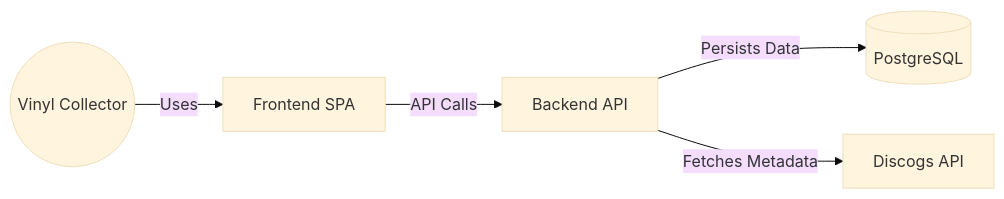
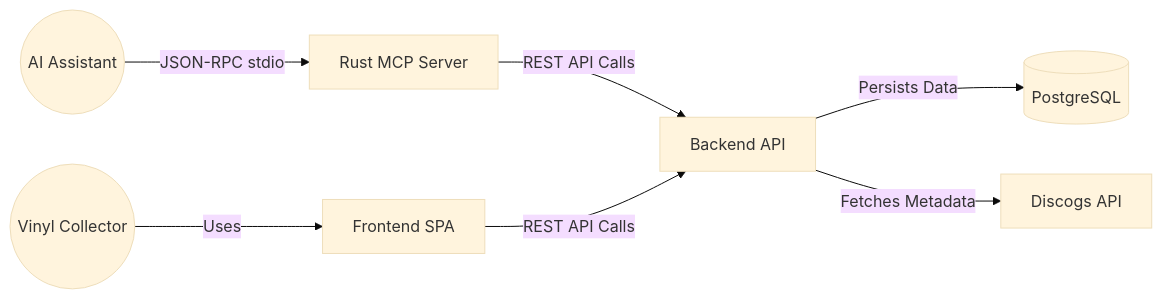
Before and after one commit to gerontosepp/vinyl-tracker: the diagram in docs/arc42.md, drawn with Mermaid (base theme). The commit also changed other lines of this file and 9 other files, not shown here.

First line of the commit message:
feat(mcp): implement native Rust Model Context Protocol server for backend services

````diff
--- a/docs/arc42.md
+++ b/docs/arc42.md
@@ -52,7 +54,9 @@
 ```mermaid
 graph LR
     User((Vinyl Collector)) -->|Uses| Frontend[Frontend SPA]
-    Frontend -->|API Calls| Backend[Backend API]
+    AIAssistant((AI Assistant)) -->|JSON-RPC stdio| MCPServer[Rust MCP Server]
+    MCPServer -->|REST API Calls| Backend[Backend API]
+    Frontend -->|REST API Calls| Backend
     Backend -->|Persists Data| DB[(PostgreSQL)]
     Backend -->|Fetches Metadata| Discogs[Discogs API]
 ```
````
